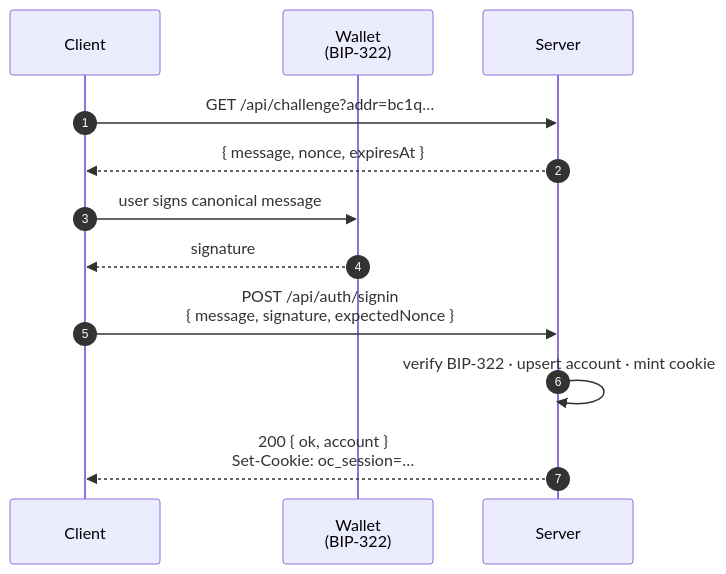
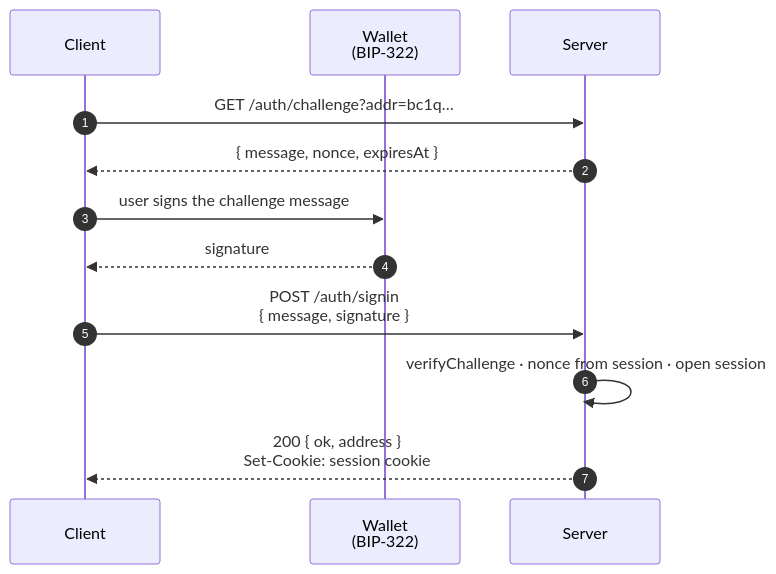
Before and after one commit to orangecheck/oc-docs: the diagram in src/pages/attest/guides/sign-in-with-bitcoin.mdx, drawn with Mermaid. The commit also changed other lines of this file and 50 other files, not shown here.

````diff
--- a/src/pages/attest/guides/sign-in-with-bitcoin.mdx
+++ b/src/pages/attest/guides/sign-in-with-bitcoin.mdx
@@ -15,14 +15,14 @@
 ```mermaid size=839x591
 sequenceDiagram
     autonumber
     participant C as Client
     participant W as Wallet<br/>(BIP-322)
     participant S as Server
-    C->>S: GET /api/challenge?addr=bc1q…
+    C->>S: GET /auth/challenge?addr=bc1q…
     S-->>C: { message, nonce, expiresAt }
-    C->>W: user signs canonical message
+    C->>W: user signs the challenge message
     W-->>C: signature
-    C->>S: POST /api/auth/signin<br/>{ message, signature, expectedNonce }
-    S->>S: verify BIP-322 · upsert account · mint cookie
-    S-->>C: 200 { ok, account }<br/>Set-Cookie: oc_session=…
+    C->>S: POST /auth/signin<br/>{ message, signature }
+    S->>S: verifyChallenge · nonce from session · open session
+    S-->>C: 200 { ok, address }<br/>Set-Cookie: session cookie
 ```
````
